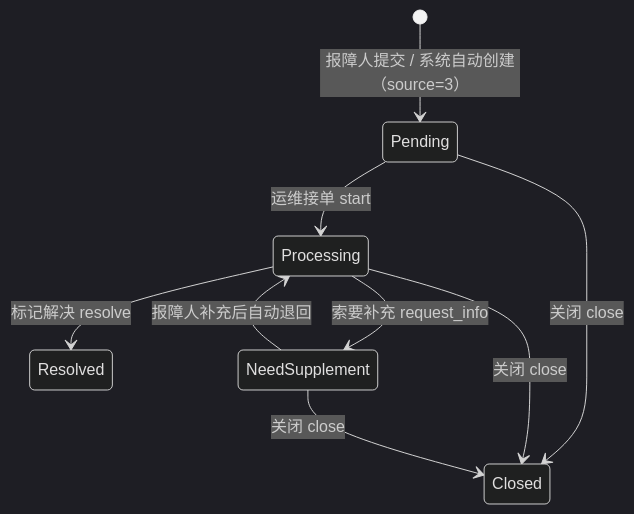
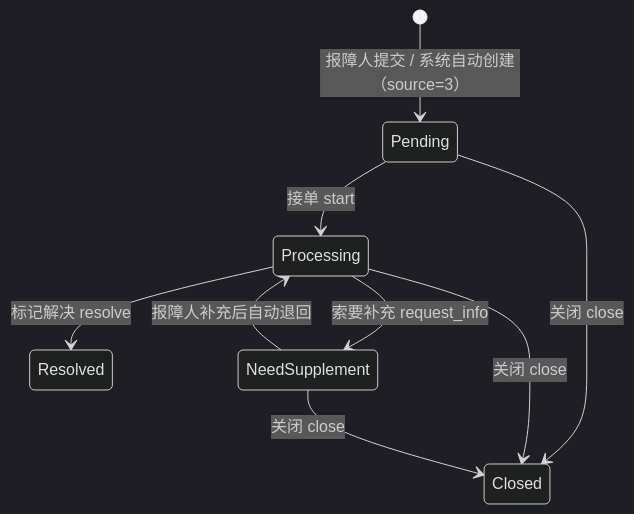
One commit to int2t05/Cognik changed the fifth of 6 diagrams in docs/PRD.md. Above: the diagram before and after it, drawn with Mermaid (dark theme). The commit also changed other lines of this file and 13 other files, not shown here.

````diff
--- a/docs/PRD.md
+++ b/docs/PRD.md
@@ -109,11 +109,11 @@
 ```mermaid
 stateDiagram-v2
     [*] --> Pending: 报障人提交 / 系统自动创建（source=3）
-    Pending --> Processing: 运维接单 start
+    Pending --> Processing: 接单 start
     Processing --> Resolved: 标记解决 resolve
     Processing --> NeedSupplement: 索要补充 request_info
     NeedSupplement --> Processing: 报障人补充后自动退回
     Pending --> Closed: 关闭 close
     Processing --> Closed: 关闭 close
     NeedSupplement --> Closed: 关闭 close
 ```
````
